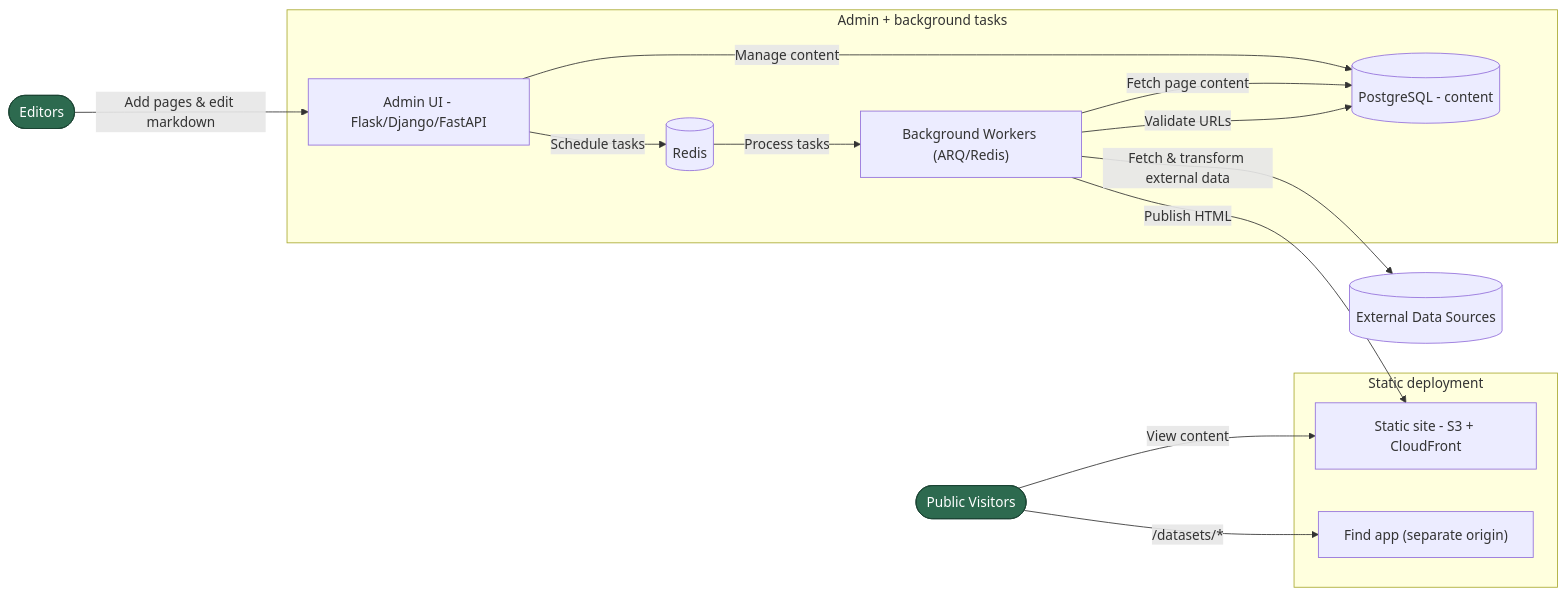
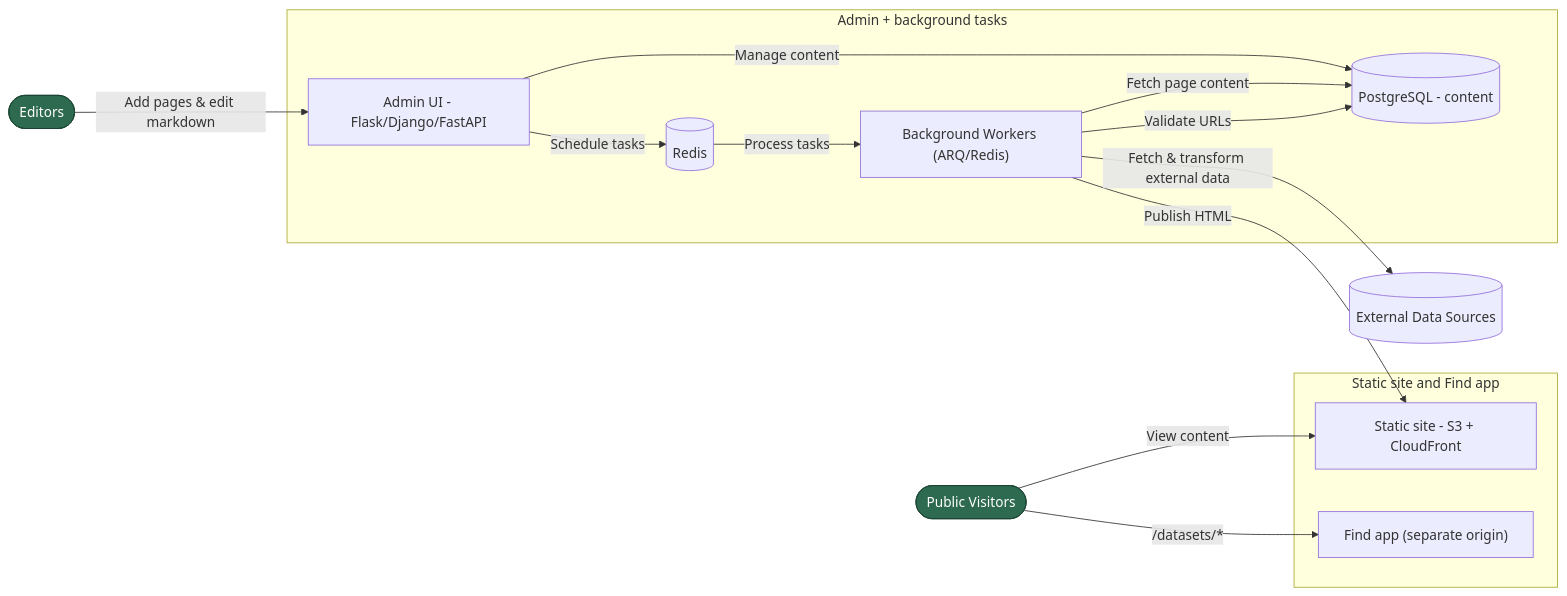
Before and after one commit to alphagov/datagovuk-sandbox: the second of 3 diagrams in docs/high-level-solution-architecture-diagrams.md, drawn with Mermaid.

Commit message:
fix: correct subgraph name

````diff
--- a/docs/high-level-solution-architecture-diagrams.md
+++ b/docs/high-level-solution-architecture-diagrams.md
@@ -41,31 +41,31 @@
 ```mermaid
 flowchart LR
     subgraph AdminUI["Admin + background tasks"]
         admin_ui_app["Admin UI - Flask/Django/FastAPI"]
         queue[("Redis")]
         workers["Background Workers (ARQ/Redis)"]
         db[("PostgreSQL - content")]
     end
 
-    subgraph STATIC["Static deployment"]
+    subgraph STATIC["Static site and Find app"]
     static_site["Static site - S3 + CloudFront"]
     find_app["Find app (separate origin)"]
     end
 
     editor([Editors])
     visitor([Public Visitors])
     data_sources[(External Data Sources)]
     editor -->|Add pages & edit markdown| admin_ui_app
     admin_ui_app -->|Schedule tasks| queue
     admin_ui_app -->|Manage content| db
     queue -->|Process tasks| workers
     workers -->|Fetch & transform external data| data_sources
     workers -->|Fetch page content| db
     workers -->|Publish HTML| static_site
     workers -->|Validate URLs| db
     visitor -->|View content| static_site
     visitor -->|/datasets/*| find_app
 
     classDef user fill:#2D6A4F,stroke:#1B4332,color:#FFFFFF
     class editor,visitor user
 ```
````
